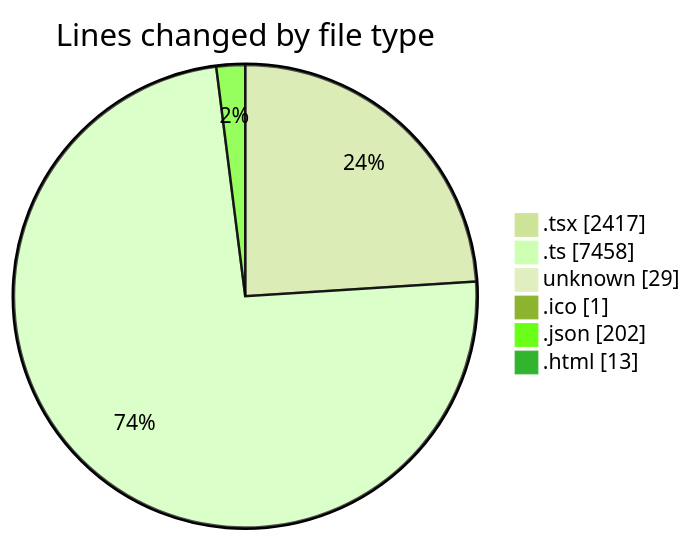
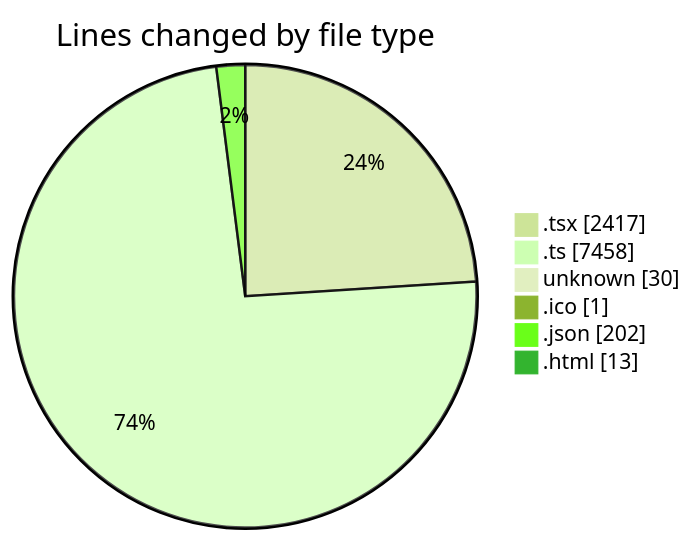
One commit to JenPaints/code-tracking changed the first of 2 diagrams in 2025-06-20/modeljsondesigner/README.md. Above: the diagram before and after it, drawn with Mermaid (forest theme). The commit also changed other lines of this file and 1 other file, not shown here.

````diff
--- a/2025-06-20/modeljsondesigner/README.md
+++ b/2025-06-20/modeljsondesigner/README.md
@@ -33,10 +34,10 @@
 ```mermaid
 pie showData
 title Lines changed by file type
 ".tsx" : 2417
 ".ts" : 7458
-"unknown" : 29
+"unknown" : 30
 ".ico" : 1
 ".json" : 202
 ".html" : 13
 ```
````
